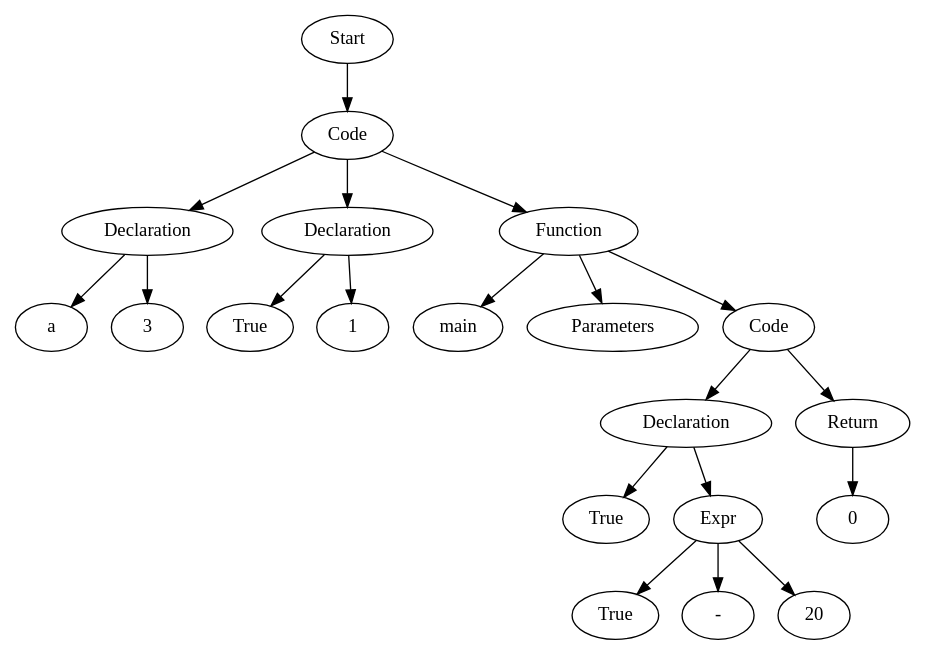
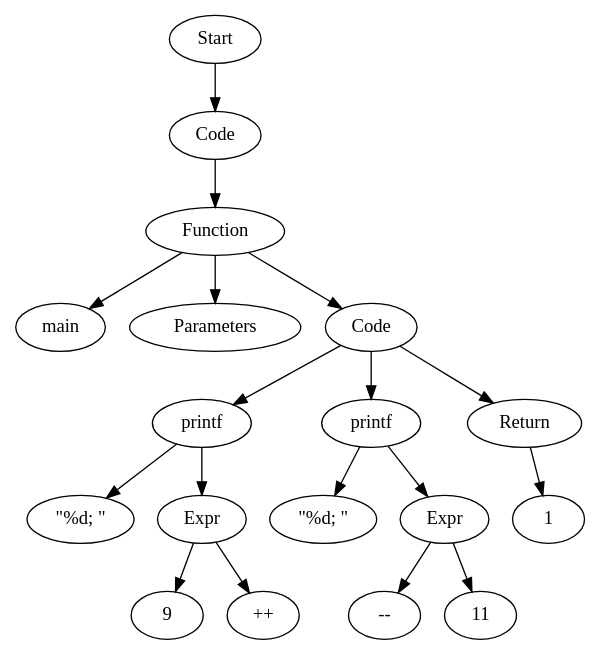
Before and after one commit to Are-you-listening/Compilers: the diagram in TestCases/ASTTests/SemanticErrorsTests/createTests/read_file_before.dot, drawn with Graphviz. The commit also changed 12 other files, not shown here.

```diff
--- a/TestCases/ASTTests/SemanticErrorsTests/createTests/read_file_before.dot
+++ b/TestCases/ASTTests/SemanticErrorsTests/createTests/read_file_before.dot
@@ -1,41 +1,37 @@
 digraph AST {
-  "135595906048416" [label="Start"];
-  "135595906048416" -> "135595906047264";
-  "135595906047264" [label="Code"];
-  "135595906047264" -> "135595906044624";
-  "135595906047264" -> "135595906046832";
-  "135595906047264" -> "135595906097712";
-  "135595906044624" [label="Declaration"];
-  "135595906044624" -> "135595906047888";
-  "135595906044624" -> "135595906045584";
-  "135595906047888" [label="a"];
-  "135595906045584" [label="3"];
-  "135595906046832" [label="Declaration"];
-  "135595906046832" -> "135595906099488";
-  "135595906046832" -> "135595906100352";
-  "135595906099488" [label="True"];
-  "135595906100352" [label="1"];
-  "135595906097712" [label="Function"];
-  "135595906097712" -> "135595906099248";
-  "135595906097712" -> "135595906099296";
-  "135595906097712" -> "135595906098672";
-  "135595906099248" [label="main"];
-  "135595906099296" [label="Parameters"];
-  "135595906098672" [label="Code"];
-  "135595906098672" -> "135595906098192";
-  "135595906098672" -> "135595906101936";
-  "135595906098192" [label="Declaration"];
-  "135595906098192" -> "135595906099632";
-  "135595906098192" -> "135595906100208";
-  "135595906099632" [label="True"];
-  "135595906100208" [label="Expr"];
-  "135595906100208" -> "135595906101168";
-  "135595906100208" -> "135595906101216";
-  "135595906100208" -> "135595906101744";
-  "135595906101168" [label="True"];
-  "135595906101216" [label="-"];
-  "135595906101744" [label="20"];
-  "135595906101936" [label="Return"];
-  "135595906101936" -> "135595906102656";
-  "135595906102656" [label="0"];
+  "124586594473472" [label="Start"];
+  "124586594473472" -> "124586594469104";
+  "124586594469104" [label="Code"];
+  "124586594469104" -> "124586594482208";
+  "124586594482208" [label="Function"];
+  "124586594482208" -> "124586594475584";
+  "124586594482208" -> "124586594475728";
+  "124586594482208" -> "124586594474624";
+  "124586594475584" [label="main"];
+  "124586594475728" [label="Parameters"];
+  "124586594474624" [label="Code"];
+  "124586594474624" -> "124586594469680";
+  "124586594474624" -> "124586594307472";
+  "124586594474624" -> "124586594599600";
+  "124586594469680" [label="printf"];
+  "124586594469680" -> "124586594470784";
+  "124586594469680" -> "124586594318272";
+  "124586594470784" [label="\"%d; \""];
+  "124586594318272" [label="Expr"];
+  "124586594318272" -> "124586594307232";
+  "124586594318272" -> "124586594315728";
+  "124586594307232" [label="9"];
+  "124586594315728" [label="++"];
+  "124586594307472" [label="printf"];
+  "124586594307472" -> "124586594306416";
+  "124586594307472" -> "124586594320288";
+  "124586594306416" [label="\"%d; \""];
+  "124586594320288" [label="Expr"];
+  "124586594320288" -> "124586594313904";
+  "124586594320288" -> "124586594599312";
+  "124586594313904" [label="--"];
+  "124586594599312" [label="11"];
+  "124586594599600" [label="Return"];
+  "124586594599600" -> "124586594600320";
+  "124586594600320" [label="1"];
 }
```
